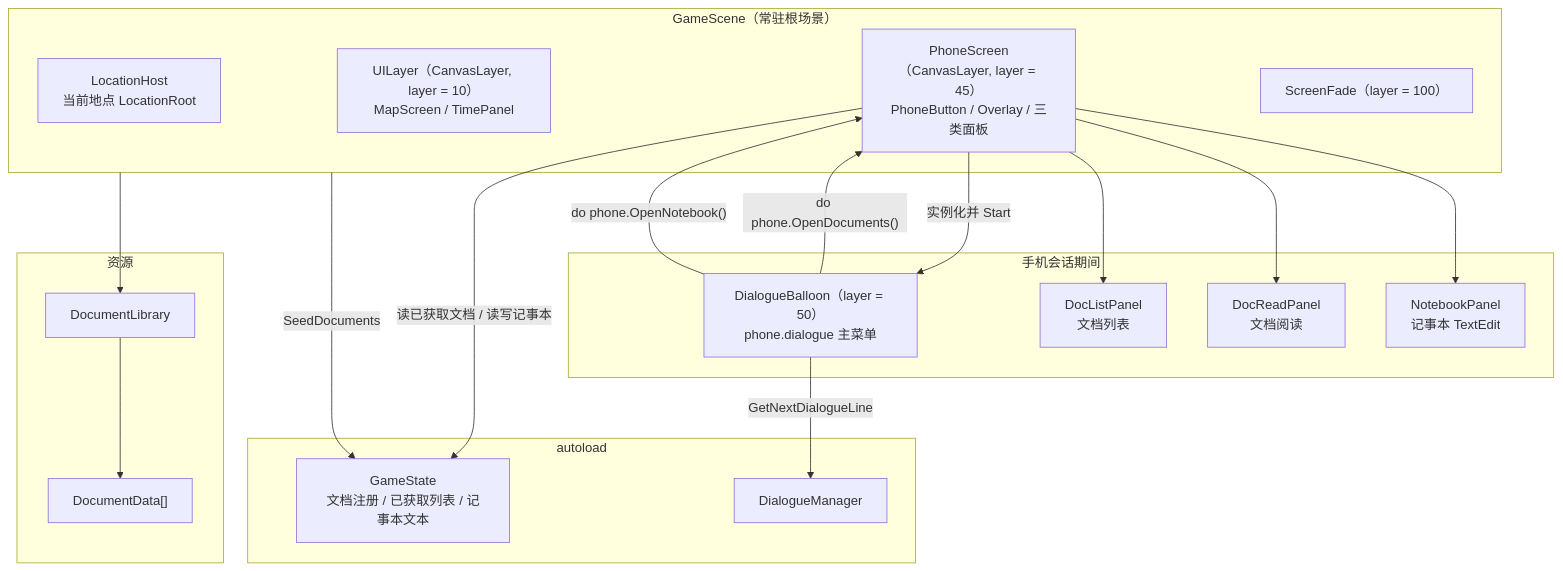
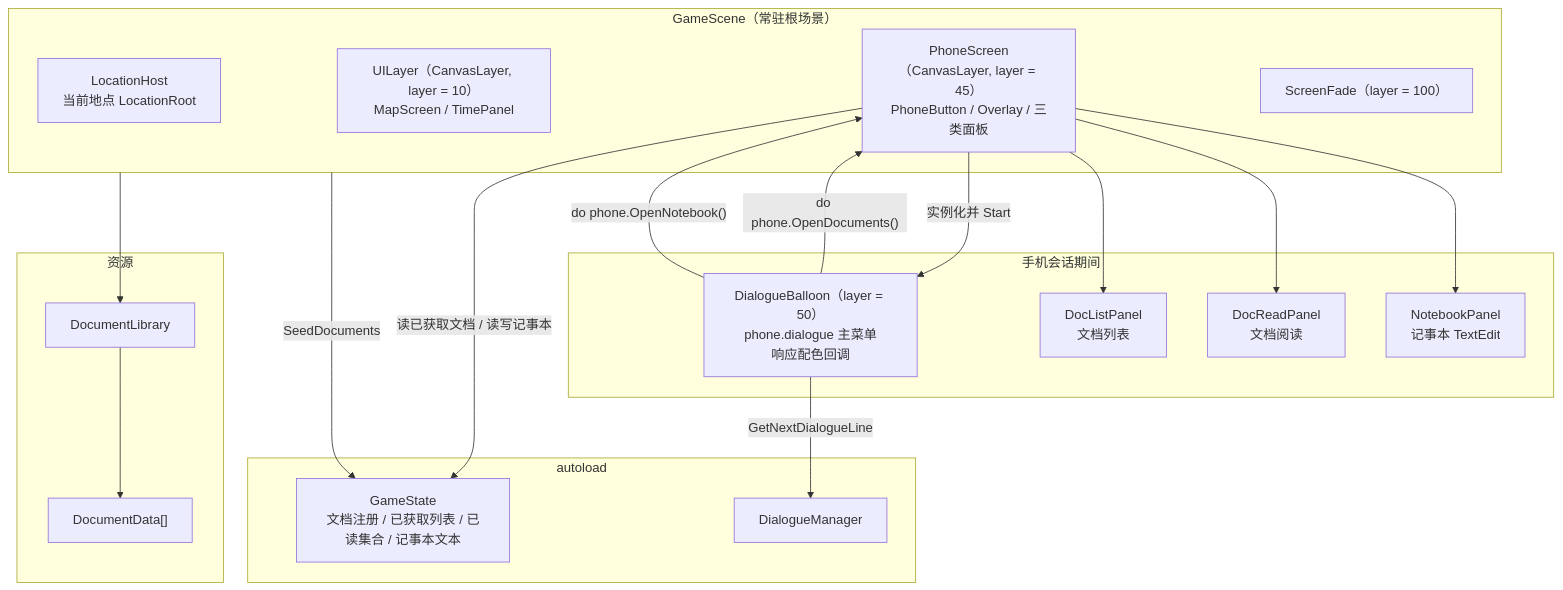
One commit to Yumihoshi/pandagj-2026 changed the first of 7 diagrams in docs/superpowers/specs/2026-11-07-phone-system-design.md. Above: the diagram before and after it, drawn with Mermaid. The commit also changed other lines of this file and 15 other files, not shown here.

````diff
--- a/docs/superpowers/specs/2026-11-07-phone-system-design.md
+++ b/docs/superpowers/specs/2026-11-07-phone-system-design.md
@@ -85,38 +86,38 @@
 ```mermaid
 graph TD
     subgraph GameScene["GameScene（常驻根场景）"]
         LocationHost["LocationHost<br/>当前地点 LocationRoot"]
         UILayer["UILayer（CanvasLayer, layer = 10）<br/>MapScreen / TimePanel"]
         PhoneScreen["PhoneScreen（CanvasLayer, layer = 45）<br/>PhoneButton / Overlay / 三类面板"]
         Fade["ScreenFade（layer = 100）"]
     end
 
     subgraph PhoneRuntime["手机会话期间"]
-        MenuBalloon["DialogueBalloon（layer = 50）<br/>phone.dialogue 主菜单"]
+        MenuBalloon["DialogueBalloon（layer = 50）<br/>phone.dialogue 主菜单<br/>响应配色回调"]
         DocList["DocListPanel<br/>文档列表"]
         DocRead["DocReadPanel<br/>文档阅读"]
         Notebook["NotebookPanel<br/>记事本 TextEdit"]
     end
 
     subgraph Autoload["autoload"]
-        GameState["GameState<br/>文档注册 / 已获取列表 / 记事本文本"]
+        GameState["GameState<br/>文档注册 / 已获取列表 / 已读集合 / 记事本文本"]
         DM["DialogueManager"]
     end
 
     subgraph Data["资源"]
         Library["DocumentLibrary"]
         Doc["DocumentData[]"]
     end
 
     PhoneScreen -->|"实例化并 Start"| MenuBalloon
     MenuBalloon -->|"do phone.OpenDocuments()"| PhoneScreen
     MenuBalloon -->|"do phone.OpenNotebook()"| PhoneScreen
     PhoneScreen --> DocList
     PhoneScreen --> DocRead
     PhoneScreen --> Notebook
     PhoneScreen -->|"读已获取文档 / 读写记事本"| GameState
     MenuBalloon -->|"GetNextDialogueLine"| DM
     GameScene -->|"SeedDocuments"| GameState
     Library --> Doc
     GameScene --> Library
 ```
````
